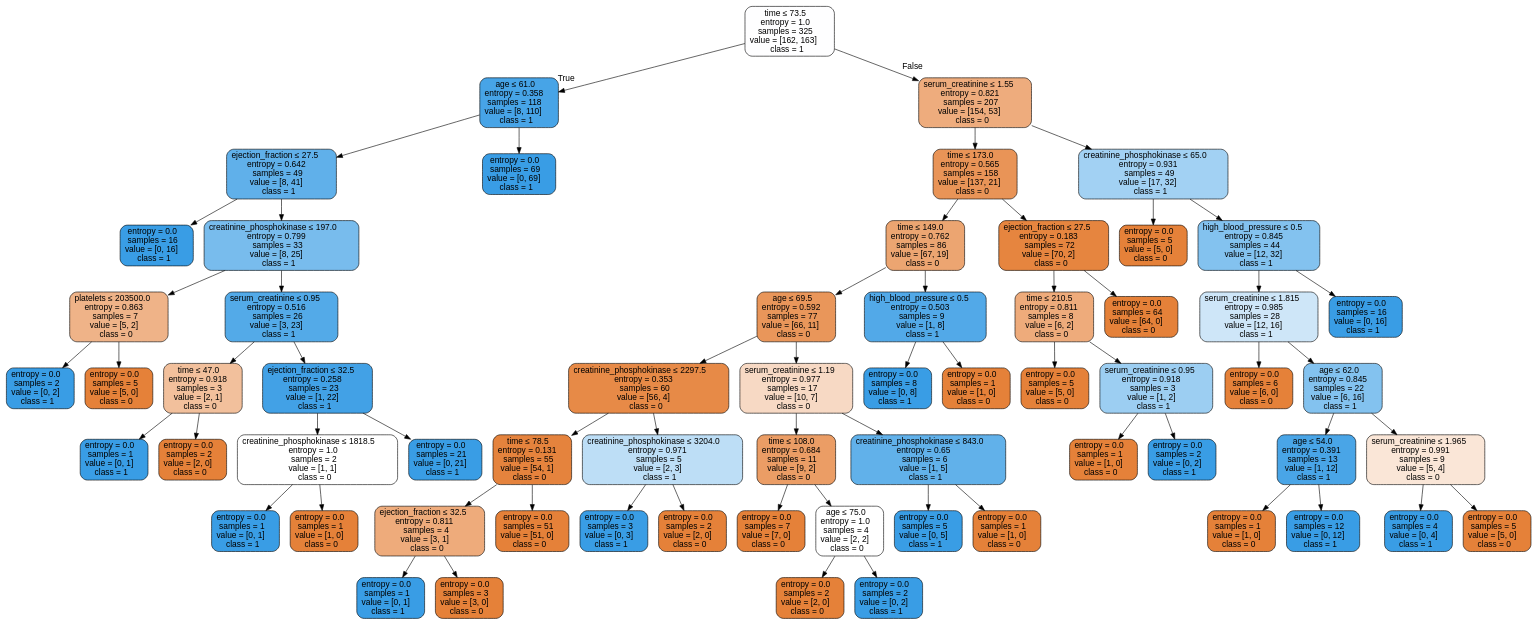
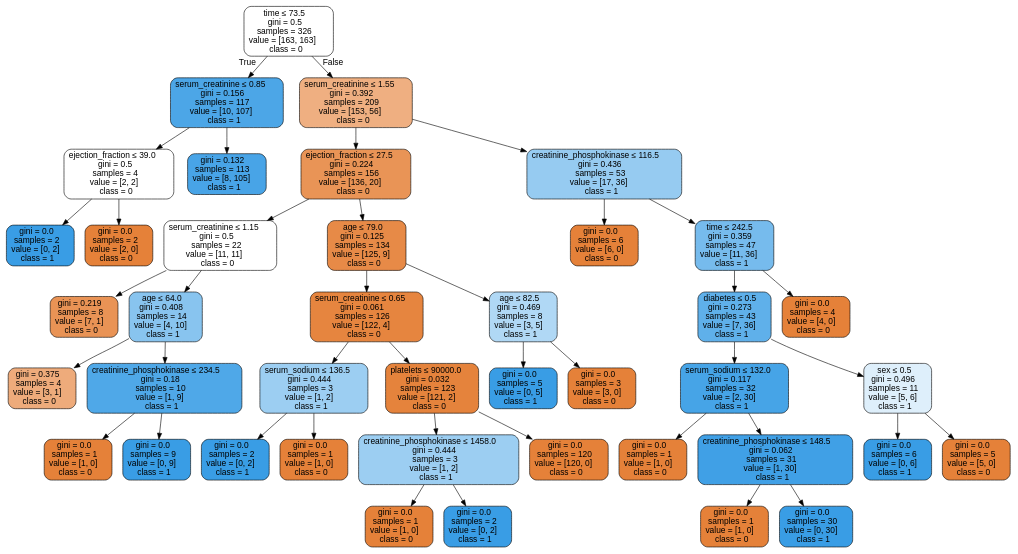
Before and after one commit to isabelSoares/CD-2021: the diagram in Labs/NewClassifiers/Results/DecisionTrees/OverSample/First/HFCR - OverSample - dtree.dot, drawn with Graphviz. The commit also changed 281 other files, not shown here.

```diff
--- a/Labs/NewClassifiers/Results/DecisionTrees/OverSample/First/HFCR - OverSample - dtree.dot
+++ b/Labs/NewClassifiers/Results/DecisionTrees/OverSample/First/HFCR - OverSample - dtree.dot
@@ -1,129 +1,85 @@
 digraph Tree {
 node [shape=box, style="filled, rounded", color="black", fontname=helvetica] ;
 edge [fontname=helvetica] ;
-0 [label=<time &le; 73.5<br/>entropy = 1.0<br/>samples = 325<br/>value = [162, 163]<br/>class = 1>, fillcolor="#fefeff"] ;
-1 [label=<age &le; 61.0<br/>entropy = 0.358<br/>samples = 118<br/>value = [8, 110]<br/>class = 1>, fillcolor="#47a4e7"] ;
+0 [label=<time &le; 73.5<br/>gini = 0.5<br/>samples = 326<br/>value = [163, 163]<br/>class = 0>, fillcolor="#ffffff"] ;
+1 [label=<serum_creatinine &le; 0.85<br/>gini = 0.156<br/>samples = 117<br/>value = [10, 107]<br/>class = 1>, fillcolor="#4ca6e7"] ;
 0 -> 1 [labeldistance=2.5, labelangle=45, headlabel="True"] ;
-2 [label=<ejection_fraction &le; 27.5<br/>entropy = 0.642<br/>samples = 49<br/>value = [8, 41]<br/>class = 1>, fillcolor="#60b0ea"] ;
+2 [label=<ejection_fraction &le; 39.0<br/>gini = 0.5<br/>samples = 4<br/>value = [2, 2]<br/>class = 0>, fillcolor="#ffffff"] ;
 1 -> 2 ;
-3 [label=<entropy = 0.0<br/>samples = 16<br/>value = [0, 16]<br/>class = 1>, fillcolor="#399de5"] ;
+3 [label=<gini = 0.0<br/>samples = 2<br/>value = [0, 2]<br/>class = 1>, fillcolor="#399de5"] ;
 2 -> 3 ;
-4 [label=<creatinine_phosphokinase &le; 197.0<br/>entropy = 0.799<br/>samples = 33<br/>value = [8, 25]<br/>class = 1>, fillcolor="#78bced"] ;
+4 [label=<gini = 0.0<br/>samples = 2<br/>value = [2, 0]<br/>class = 0>, fillcolor="#e58139"] ;
 2 -> 4 ;
-5 [label=<platelets &le; 203500.0<br/>entropy = 0.863<br/>samples = 7<br/>value = [5, 2]<br/>class = 0>, fillcolor="#efb388"] ;
-4 -> 5 ;
-6 [label=<entropy = 0.0<br/>samples = 2<br/>value = [0, 2]<br/>class = 1>, fillcolor="#399de5"] ;
-5 -> 6 ;
-7 [label=<entropy = 0.0<br/>samples = 5<br/>value = [5, 0]<br/>class = 0>, fillcolor="#e58139"] ;
-5 -> 7 ;
-8 [label=<serum_creatinine &le; 0.95<br/>entropy = 0.516<br/>samples = 26<br/>value = [3, 23]<br/>class = 1>, fillcolor="#53aae8"] ;
-4 -> 8 ;
-9 [label=<time &le; 47.0<br/>entropy = 0.918<br/>samples = 3<br/>value = [2, 1]<br/>class = 0>, fillcolor="#f2c09c"] ;
+5 [label=<gini = 0.132<br/>samples = 113<br/>value = [8, 105]<br/>class = 1>, fillcolor="#48a4e7"] ;
+1 -> 5 ;
+6 [label=<serum_creatinine &le; 1.55<br/>gini = 0.392<br/>samples = 209<br/>value = [153, 56]<br/>class = 0>, fillcolor="#efaf81"] ;
+0 -> 6 [labeldistance=2.5, labelangle=-45, headlabel="False"] ;
+7 [label=<ejection_fraction &le; 27.5<br/>gini = 0.224<br/>samples = 156<br/>value = [136, 20]<br/>class = 0>, fillcolor="#e99456"] ;
+6 -> 7 ;
+8 [label=<serum_creatinine &le; 1.15<br/>gini = 0.5<br/>samples = 22<br/>value = [11, 11]<br/>class = 0>, fillcolor="#ffffff"] ;
+7 -> 8 ;
+9 [label=<gini = 0.219<br/>samples = 8<br/>value = [7, 1]<br/>class = 0>, fillcolor="#e99355"] ;
 8 -> 9 ;
-10 [label=<entropy = 0.0<br/>samples = 1<br/>value = [0, 1]<br/>class = 1>, fillcolor="#399de5"] ;
-9 -> 10 ;
-11 [label=<entropy = 0.0<br/>samples = 2<br/>value = [2, 0]<br/>class = 0>, fillcolor="#e58139"] ;
-9 -> 11 ;
-12 [label=<ejection_fraction &le; 32.5<br/>entropy = 0.258<br/>samples = 23<br/>value = [1, 22]<br/>class = 1>, fillcolor="#42a1e6"] ;
-8 -> 12 ;
-13 [label=<creatinine_phosphokinase &le; 1818.5<br/>entropy = 1.0<br/>samples = 2<br/>value = [1, 1]<br/>class = 0>, fillcolor="#ffffff"] ;
+10 [label=<age &le; 64.0<br/>gini = 0.408<br/>samples = 14<br/>value = [4, 10]<br/>class = 1>, fillcolor="#88c4ef"] ;
+8 -> 10 ;
+11 [label=<gini = 0.375<br/>samples = 4<br/>value = [3, 1]<br/>class = 0>, fillcolor="#eeab7b"] ;
+10 -> 11 ;
+12 [label=<creatinine_phosphokinase &le; 234.5<br/>gini = 0.18<br/>samples = 10<br/>value = [1, 9]<br/>class = 1>, fillcolor="#4fa8e8"] ;
+10 -> 12 ;
+13 [label=<gini = 0.0<br/>samples = 1<br/>value = [1, 0]<br/>class = 0>, fillcolor="#e58139"] ;
 12 -> 13 ;
-14 [label=<entropy = 0.0<br/>samples = 1<br/>value = [0, 1]<br/>class = 1>, fillcolor="#399de5"] ;
-13 -> 14 ;
-15 [label=<entropy = 0.0<br/>samples = 1<br/>value = [1, 0]<br/>class = 0>, fillcolor="#e58139"] ;
-13 -> 15 ;
-16 [label=<entropy = 0.0<br/>samples = 21<br/>value = [0, 21]<br/>class = 1>, fillcolor="#399de5"] ;
-12 -> 16 ;
-17 [label=<entropy = 0.0<br/>samples = 69<br/>value = [0, 69]<br/>class = 1>, fillcolor="#399de5"] ;
-1 -> 17 ;
-18 [label=<serum_creatinine &le; 1.55<br/>entropy = 0.821<br/>samples = 207<br/>value = [154, 53]<br/>class = 0>, fillcolor="#eeac7d"] ;
-0 -> 18 [labeldistance=2.5, labelangle=-45, headlabel="False"] ;
-19 [label=<time &le; 173.0<br/>entropy = 0.565<br/>samples = 158<br/>value = [137, 21]<br/>class = 0>, fillcolor="#e99457"] ;
-18 -> 19 ;
-20 [label=<time &le; 149.0<br/>entropy = 0.762<br/>samples = 86<br/>value = [67, 19]<br/>class = 0>, fillcolor="#eca571"] ;
-19 -> 20 ;
-21 [label=<age &le; 69.5<br/>entropy = 0.592<br/>samples = 77<br/>value = [66, 11]<br/>class = 0>, fillcolor="#e9965a"] ;
+14 [label=<gini = 0.0<br/>samples = 9<br/>value = [0, 9]<br/>class = 1>, fillcolor="#399de5"] ;
+12 -> 14 ;
+15 [label=<age &le; 79.0<br/>gini = 0.125<br/>samples = 134<br/>value = [125, 9]<br/>class = 0>, fillcolor="#e78a47"] ;
+7 -> 15 ;
+16 [label=<serum_creatinine &le; 0.65<br/>gini = 0.061<br/>samples = 126<br/>value = [122, 4]<br/>class = 0>, fillcolor="#e6853f"] ;
+15 -> 16 ;
+17 [label=<serum_sodium &le; 136.5<br/>gini = 0.444<br/>samples = 3<br/>value = [1, 2]<br/>class = 1>, fillcolor="#9ccef2"] ;
+16 -> 17 ;
+18 [label=<gini = 0.0<br/>samples = 2<br/>value = [0, 2]<br/>class = 1>, fillcolor="#399de5"] ;
+17 -> 18 ;
+19 [label=<gini = 0.0<br/>samples = 1<br/>value = [1, 0]<br/>class = 0>, fillcolor="#e58139"] ;
+17 -> 19 ;
+20 [label=<platelets &le; 90000.0<br/>gini = 0.032<br/>samples = 123<br/>value = [121, 2]<br/>class = 0>, fillcolor="#e5833c"] ;
+16 -> 20 ;
+21 [label=<creatinine_phosphokinase &le; 1458.0<br/>gini = 0.444<br/>samples = 3<br/>value = [1, 2]<br/>class = 1>, fillcolor="#9ccef2"] ;
 20 -> 21 ;
-22 [label=<creatinine_phosphokinase &le; 2297.5<br/>entropy = 0.353<br/>samples = 60<br/>value = [56, 4]<br/>class = 0>, fillcolor="#e78a47"] ;
+22 [label=<gini = 0.0<br/>samples = 1<br/>value = [1, 0]<br/>class = 0>, fillcolor="#e58139"] ;
 21 -> 22 ;
-23 [label=<time &le; 78.5<br/>entropy = 0.131<br/>samples = 55<br/>value = [54, 1]<br/>class = 0>, fillcolor="#e5833d"] ;
-22 -> 23 ;
-24 [label=<ejection_fraction &le; 32.5<br/>entropy = 0.811<br/>samples = 4<br/>value = [3, 1]<br/>class = 0>, fillcolor="#eeab7b"] ;
-23 -> 24 ;
-25 [label=<entropy = 0.0<br/>samples = 1<br/>value = [0, 1]<br/>class = 1>, fillcolor="#399de5"] ;
-24 -> 25 ;
-26 [label=<entropy = 0.0<br/>samples = 3<br/>value = [3, 0]<br/>class = 0>, fillcolor="#e58139"] ;
-24 -> 26 ;
-27 [label=<entropy = 0.0<br/>samples = 51<br/>value = [51, 0]<br/>class = 0>, fillcolor="#e58139"] ;
-23 -> 27 ;
-28 [label=<creatinine_phosphokinase &le; 3204.0<br/>entropy = 0.971<br/>samples = 5<br/>value = [2, 3]<br/>class = 1>, fillcolor="#bddef6"] ;
-22 -> 28 ;
-29 [label=<entropy = 0.0<br/>samples = 3<br/>value = [0, 3]<br/>class = 1>, fillcolor="#399de5"] ;
+23 [label=<gini = 0.0<br/>samples = 2<br/>value = [0, 2]<br/>class = 1>, fillcolor="#399de5"] ;
+21 -> 23 ;
+24 [label=<gini = 0.0<br/>samples = 120<br/>value = [120, 0]<br/>class = 0>, fillcolor="#e58139"] ;
+20 -> 24 ;
+25 [label=<age &le; 82.5<br/>gini = 0.469<br/>samples = 8<br/>value = [3, 5]<br/>class = 1>, fillcolor="#b0d8f5"] ;
+15 -> 25 ;
+26 [label=<gini = 0.0<br/>samples = 5<br/>value = [0, 5]<br/>class = 1>, fillcolor="#399de5"] ;
+25 -> 26 ;
+27 [label=<gini = 0.0<br/>samples = 3<br/>value = [3, 0]<br/>class = 0>, fillcolor="#e58139"] ;
+25 -> 27 ;
+28 [label=<creatinine_phosphokinase &le; 116.5<br/>gini = 0.436<br/>samples = 53<br/>value = [17, 36]<br/>class = 1>, fillcolor="#96cbf1"] ;
+6 -> 28 ;
+29 [label=<gini = 0.0<br/>samples = 6<br/>value = [6, 0]<br/>class = 0>, fillcolor="#e58139"] ;
 28 -> 29 ;
-30 [label=<entropy = 0.0<br/>samples = 2<br/>value = [2, 0]<br/>class = 0>, fillcolor="#e58139"] ;
+30 [label=<time &le; 242.5<br/>gini = 0.359<br/>samples = 47<br/>value = [11, 36]<br/>class = 1>, fillcolor="#76bbed"] ;
 28 -> 30 ;
-31 [label=<serum_creatinine &le; 1.19<br/>entropy = 0.977<br/>samples = 17<br/>value = [10, 7]<br/>class = 0>, fillcolor="#f7d9c4"] ;
-21 -> 31 ;
-32 [label=<time &le; 108.0<br/>entropy = 0.684<br/>samples = 11<br/>value = [9, 2]<br/>class = 0>, fillcolor="#eb9d65"] ;
+31 [label=<diabetes &le; 0.5<br/>gini = 0.273<br/>samples = 43<br/>value = [7, 36]<br/>class = 1>, fillcolor="#5fb0ea"] ;
+30 -> 31 ;
+32 [label=<serum_sodium &le; 132.0<br/>gini = 0.117<br/>samples = 32<br/>value = [2, 30]<br/>class = 1>, fillcolor="#46a4e7"] ;
 31 -> 32 ;
-33 [label=<entropy = 0.0<br/>samples = 7<br/>value = [7, 0]<br/>class = 0>, fillcolor="#e58139"] ;
+33 [label=<gini = 0.0<br/>samples = 1<br/>value = [1, 0]<br/>class = 0>, fillcolor="#e58139"] ;
 32 -> 33 ;
-34 [label=<age &le; 75.0<br/>entropy = 1.0<br/>samples = 4<br/>value = [2, 2]<br/>class = 0>, fillcolor="#ffffff"] ;
+34 [label=<creatinine_phosphokinase &le; 148.5<br/>gini = 0.062<br/>samples = 31<br/>value = [1, 30]<br/>class = 1>, fillcolor="#40a0e6"] ;
 32 -> 34 ;
-35 [label=<entropy = 0.0<br/>samples = 2<br/>value = [2, 0]<br/>class = 0>, fillcolor="#e58139"] ;
+35 [label=<gini = 0.0<br/>samples = 1<br/>value = [1, 0]<br/>class = 0>, fillcolor="#e58139"] ;
 34 -> 35 ;
-36 [label=<entropy = 0.0<br/>samples = 2<br/>value = [0, 2]<br/>class = 1>, fillcolor="#399de5"] ;
+36 [label=<gini = 0.0<br/>samples = 30<br/>value = [0, 30]<br/>class = 1>, fillcolor="#399de5"] ;
 34 -> 36 ;
-37 [label=<creatinine_phosphokinase &le; 843.0<br/>entropy = 0.65<br/>samples = 6<br/>value = [1, 5]<br/>class = 1>, fillcolor="#61b1ea"] ;
+37 [label=<sex &le; 0.5<br/>gini = 0.496<br/>samples = 11<br/>value = [5, 6]<br/>class = 1>, fillcolor="#deeffb"] ;
 31 -> 37 ;
-38 [label=<entropy = 0.0<br/>samples = 5<br/>value = [0, 5]<br/>class = 1>, fillcolor="#399de5"] ;
+38 [label=<gini = 0.0<br/>samples = 6<br/>value = [0, 6]<br/>class = 1>, fillcolor="#399de5"] ;
 37 -> 38 ;
-39 [label=<entropy = 0.0<br/>samples = 1<br/>value = [1, 0]<br/>class = 0>, fillcolor="#e58139"] ;
+39 [label=<gini = 0.0<br/>samples = 5<br/>value = [5, 0]<br/>class = 0>, fillcolor="#e58139"] ;
 37 -> 39 ;
-40 [label=<high_blood_pressure &le; 0.5<br/>entropy = 0.503<br/>samples = 9<br/>value = [1, 8]<br/>class = 1>, fillcolor="#52a9e8"] ;
-20 -> 40 ;
-41 [label=<entropy = 0.0<br/>samples = 8<br/>value = [0, 8]<br/>class = 1>, fillcolor="#399de5"] ;
-40 -> 41 ;
-42 [label=<entropy = 0.0<br/>samples = 1<br/>value = [1, 0]<br/>class = 0>, fillcolor="#e58139"] ;
-40 -> 42 ;
-43 [label=<ejection_fraction &le; 27.5<br/>entropy = 0.183<br/>samples = 72<br/>value = [70, 2]<br/>class = 0>, fillcolor="#e6853f"] ;
-19 -> 43 ;
-44 [label=<time &le; 210.5<br/>entropy = 0.811<br/>samples = 8<br/>value = [6, 2]<br/>class = 0>, fillcolor="#eeab7b"] ;
-43 -> 44 ;
-45 [label=<entropy = 0.0<br/>samples = 5<br/>value = [5, 0]<br/>class = 0>, fillcolor="#e58139"] ;
-44 -> 45 ;
-46 [label=<serum_creatinine &le; 0.95<br/>entropy = 0.918<br/>samples = 3<br/>value = [1, 2]<br/>class = 1>, fillcolor="#9ccef2"] ;
-44 -> 46 ;
-47 [label=<entropy = 0.0<br/>samples = 1<br/>value = [1, 0]<br/>class = 0>, fillcolor="#e58139"] ;
-46 -> 47 ;
-48 [label=<entropy = 0.0<br/>samples = 2<br/>value = [0, 2]<br/>class = 1>, fillcolor="#399de5"] ;
-46 -> 48 ;
-49 [label=<entropy = 0.0<br/>samples = 64<br/>value = [64, 0]<br/>class = 0>, fillcolor="#e58139"] ;
-43 -> 49 ;
-50 [label=<creatinine_phosphokinase &le; 65.0<br/>entropy = 0.931<br/>samples = 49<br/>value = [17, 32]<br/>class = 1>, fillcolor="#a2d1f3"] ;
-18 -> 50 ;
-51 [label=<entropy = 0.0<br/>samples = 5<br/>value = [5, 0]<br/>class = 0>, fillcolor="#e58139"] ;
-50 -> 51 ;
-52 [label=<high_blood_pressure &le; 0.5<br/>entropy = 0.845<br/>samples = 44<br/>value = [12, 32]<br/>class = 1>, fillcolor="#83c2ef"] ;
-50 -> 52 ;
-53 [label=<serum_creatinine &le; 1.815<br/>entropy = 0.985<br/>samples = 28<br/>value = [12, 16]<br/>class = 1>, fillcolor="#cee6f8"] ;
-52 -> 53 ;
-54 [label=<entropy = 0.0<br/>samples = 6<br/>value = [6, 0]<br/>class = 0>, fillcolor="#e58139"] ;
-53 -> 54 ;
-55 [label=<age &le; 62.0<br/>entropy = 0.845<br/>samples = 22<br/>value = [6, 16]<br/>class = 1>, fillcolor="#83c2ef"] ;
-53 -> 55 ;
-56 [label=<age &le; 54.0<br/>entropy = 0.391<br/>samples = 13<br/>value = [1, 12]<br/>class = 1>, fillcolor="#49a5e7"] ;
-55 -> 56 ;
-57 [label=<entropy = 0.0<br/>samples = 1<br/>value = [1, 0]<br/>class = 0>, fillcolor="#e58139"] ;
-56 -> 57 ;
-58 [label=<entropy = 0.0<br/>samples = 12<br/>value = [0, 12]<br/>class = 1>, fillcolor="#399de5"] ;
-56 -> 58 ;
-59 [label=<serum_creatinine &le; 1.965<br/>entropy = 0.991<br/>samples = 9<br/>value = [5, 4]<br/>class = 0>, fillcolor="#fae6d7"] ;
-55 -> 59 ;
-60 [label=<entropy = 0.0<br/>samples = 4<br/>value = [0, 4]<br/>class = 1>, fillcolor="#399de5"] ;
-59 -> 60 ;
-61 [label=<entropy = 0.0<br/>samples = 5<br/>value = [5, 0]<br/>class = 0>, fillcolor="#e58139"] ;
-59 -> 61 ;
-62 [label=<entropy = 0.0<br/>samples = 16<br/>value = [0, 16]<br/>class = 1>, fillcolor="#399de5"] ;
-52 -> 62 ;
+40 [label=<gini = 0.0<br/>samples = 4<br/>value = [4, 0]<br/>class = 0>, fillcolor="#e58139"] ;
+30 -> 40 ;
 }
```
